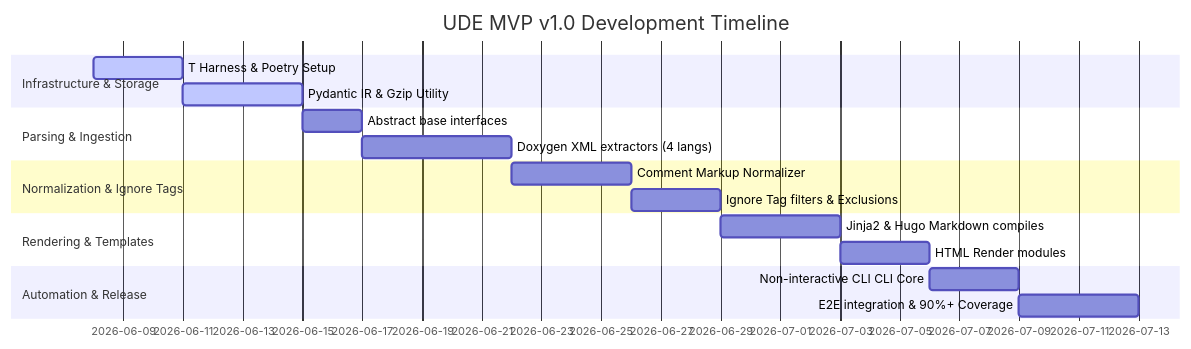
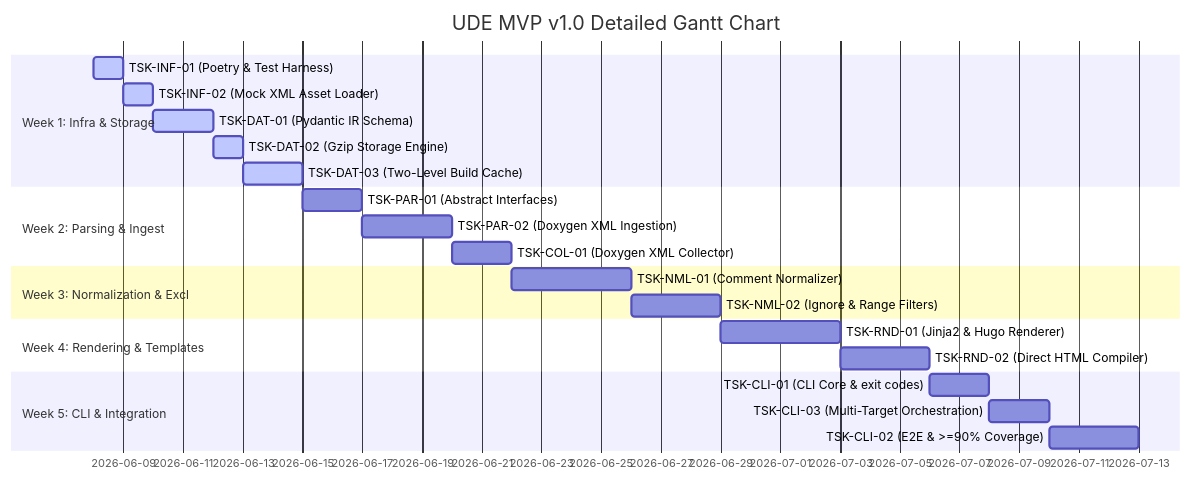
The diagram in docs/roadmap/mvp_v1/schedule.md (Sir-Derryk/ude-design-docs), drawn with Mermaid before and after one commit. The commit also changed other lines of this file and 22 other files, not shown here.

````diff
--- a/docs/roadmap/mvp_v1/schedule.md
+++ b/docs/roadmap/mvp_v1/schedule.md
@@ -15,20 +15,25 @@
 ```mermaid
 gantt
-    title UDE MVP v1.0 Development Timeline
+    title UDE MVP v1.0 Detailed Gantt Chart
     dateFormat  YYYY-MM-DD
-    section Infrastructure & Storage
-    T Harness & Poetry Setup          :active, w1_1, 2026-06-08, 3d
-    Pydantic IR & Gzip Utility       :active, w1_2, after w1_1, 4d
-    section Parsing & Ingestion
-    Abstract base interfaces          :w2_1, after w1_2, 2d
-    Doxygen XML extractors (4 langs)  :w2_2, after w2_1, 5d
-    section Normalization & Ignore Tags
-    Comment Markup Normalizer        :w3_1, after w2_2, 4d
-    Ignore Tag filters & Exclusions   :w3_2, after w3_1, 3d
-    section Rendering & Templates
-    Jinja2 & Hugo Markdown compiles   :w4_1, after w3_2, 4d
-    HTML Render modules               :w4_2, after w4_1, 3d
-    section Automation & Release
-    Non-interactive CLI CLI Core      :w5_1, after w4_2, 3d
-    E2E integration & 90%+ Coverage   :w5_2, after w5_1, 4d
+    section Week 1: Infra & Storage
+    TSK-INF-01 (Poetry & Test Harness)   :active, t1, 2026-06-08, 1d
+    TSK-INF-02 (Mock XML Asset Loader)   :active, t2, after t1, 1d
+    TSK-DAT-01 (Pydantic IR Schema)       :active, t3, after t2, 2d
+    TSK-DAT-02 (Gzip Storage Engine)       :active, t4, after t3, 1d
+    TSK-DAT-03 (Two-Level Build Cache)     :active, t5, after t4, 2d
+    section Week 2: Parsing & Ingest
+    TSK-PAR-01 (Abstract Interfaces)       :t6, after t5, 2d
+    TSK-PAR-02 (Doxygen XML Ingestion)     :t7, after t6, 3d
+    TSK-COL-01 (Doxygen XML Collector)     :t8, after t7, 2d
+    section Week 3: Normalization & Excl
+    TSK-NML-01 (Comment Normalizer)        :t9, after t8, 4d
+    TSK-NML-02 (Ignore & Range Filters)    :t10, after t9, 3d
+    section Week 4: Rendering & Templates
+    TSK-RND-01 (Jinja2 & Hugo Renderer)    :t11, after t10, 4d
+    TSK-RND-02 (Direct HTML Compiler)      :t12, after t11, 3d
+    section Week 5: CLI & Integration
+    TSK-CLI-01 (CLI Core & exit codes)     :t13, after t12, 2d
+    TSK-CLI-03 (Multi-Target Orchestration):t14, after t13, 2d
+    TSK-CLI-02 (E2E & >=90% Coverage)      :t15, after t14, 3d
 ```
````
